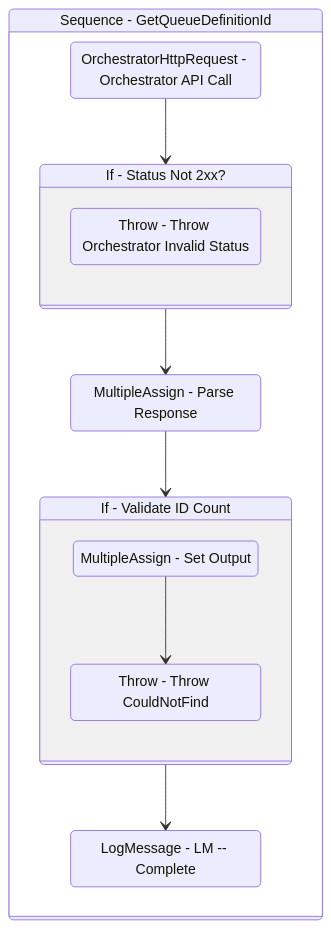
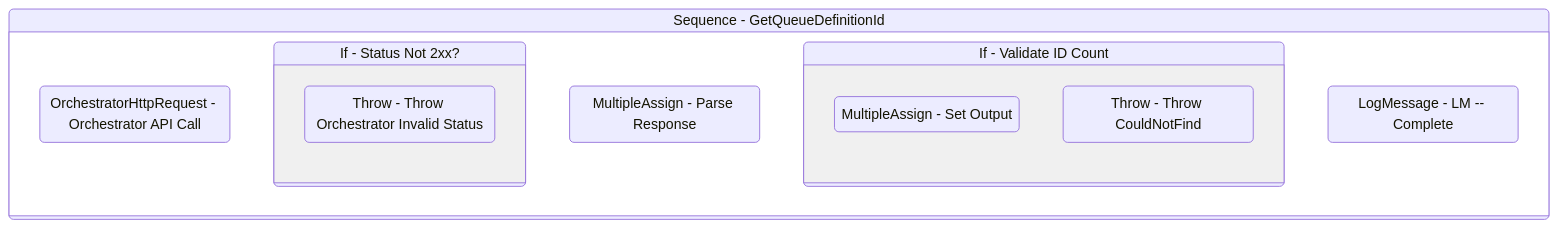
One commit to yashbrahmbhatt/LazyFramework changed the diagram in Documentation/.templates/Reporters/Basic/Orchestrator/GetQueueDefinitionId.md. Above: the diagram before and after it, drawn with Mermaid. The commit also changed 72 other files, not shown here.

````diff
--- a/Documentation/.templates/Reporters/Basic/Orchestrator/GetQueueDefinitionId.md
+++ b/Documentation/.templates/Reporters/Basic/Orchestrator/GetQueueDefinitionId.md
@@ -142,28 +142,25 @@
 ```mermaid
 stateDiagram-v2
 
 
 Sequence_1: Sequence - GetQueueDefinitionId
 state Sequence_1 {
 direction TB
 OrchestratorHttpRequest_1 : OrchestratorHttpRequest - Orchestrator API Call
-OrchestratorHttpRequest_1 --> If_1
+
 If_1: If - Status Not 2xx?
 state If_1 {
 direction TB
 Throw_1 : Throw - Throw Orchestrator Invalid Status
 }
 MultipleAssign_1 : MultipleAssign - Parse Response
-If_1 --> MultipleAssign_1
-MultipleAssign_1 --> If_2
+
 If_2: If - Validate ID Count
 state If_2 {
 direction TB
 MultipleAssign_2 : MultipleAssign - Set Output
 Throw_2 : Throw - Throw CouldNotFind
-MultipleAssign_2 --> Throw_2
 }
 LogMessage_1 : LogMessage - LM -- Complete
-If_2 --> LogMessage_1
 }
 ```
````
